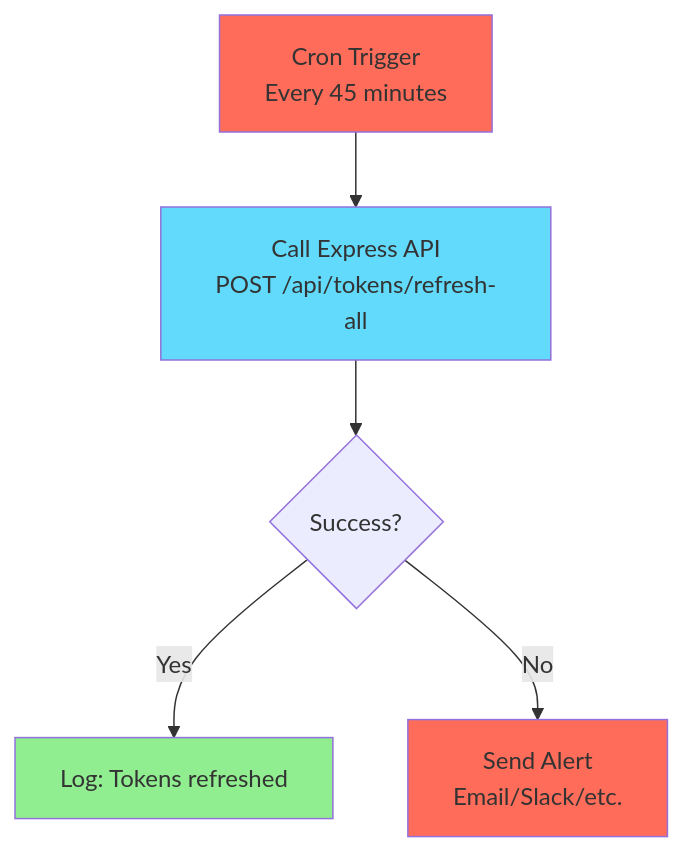
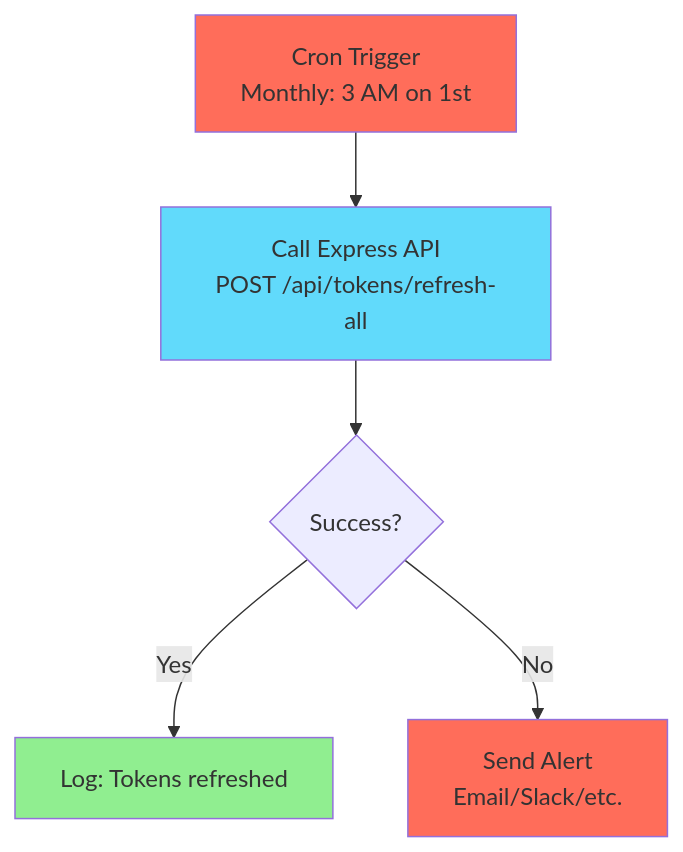
Before and after one commit to nicmart-dev/linguistnow: the first of 2 diagrams in docs/n8n-workflow-integration.md, drawn with Mermaid. The commit also changed other lines of this file and 13 other files, not shown here.

First line of the commit message:
docs: update architecture, deployment, and integration documentation

````diff
--- a/docs/n8n-workflow-integration.md
+++ b/docs/n8n-workflow-integration.md
@@ -62,12 +64,12 @@
 ```mermaid
 graph TD
-    A[Cron Trigger<br/>Every 45 minutes] --> B[Call Express API<br/>POST /api/tokens/refresh-all]
+    A[Cron Trigger<br/>Monthly: 3 AM on 1st] --> B[Call Express API<br/>POST /api/tokens/refresh-all]
     B --> C{Success?}
     C -->|Yes| D[Log: Tokens refreshed]
     C -->|No| E[Send Alert<br/>Email/Slack/etc.]
 
     style A fill:#ff6d5a
     style B fill:#61dafb
     style D fill:#90ee90
     style E fill:#ff6d5a
 ```
````
